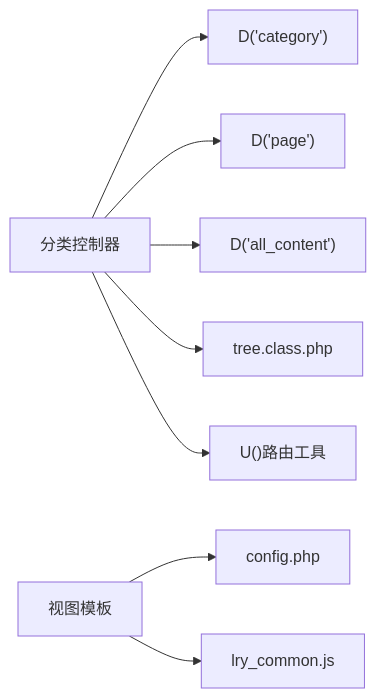
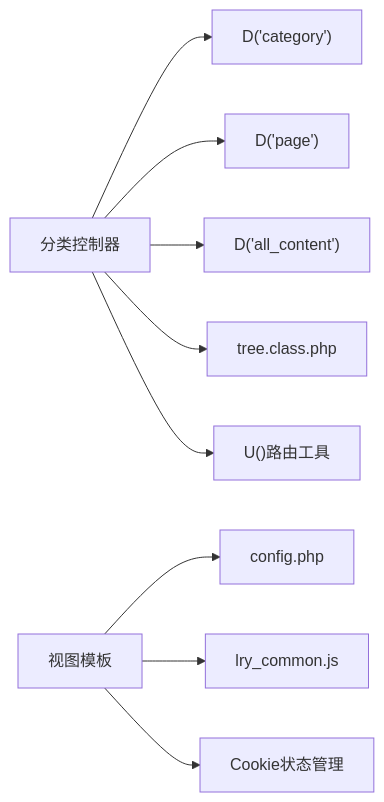
The eighth of 8 diagrams in .qoder/repowiki/zh/content/系统架构/模块化设计/后台管理模块/分类管理.md (lirongyaoper/lryblog.com), drawn with Mermaid before and after one commit. The commit also changed other lines of this file and 8 other files, not shown here.

````diff
--- a/.qoder/repowiki/zh/content/系统架构/模块化设计/后台管理模块/分类管理.md
+++ b/.qoder/repowiki/zh/content/系统架构/模块化设计/后台管理模块/分类管理.md
@@ -279,10 +325,11 @@
 ```mermaid
 graph LR
 C["分类控制器"] --> D1["D('category')"]
 C --> D2["D('page')"]
 C --> D3["D('all_content')"]
 C --> T["tree.class.php"]
 C --> U["U()路由工具"]
 V["视图模板"] --> CFG["config.php"]
 V --> JS["lry_common.js"]
+V --> CK["Cookie状态管理"]
 ```
````
